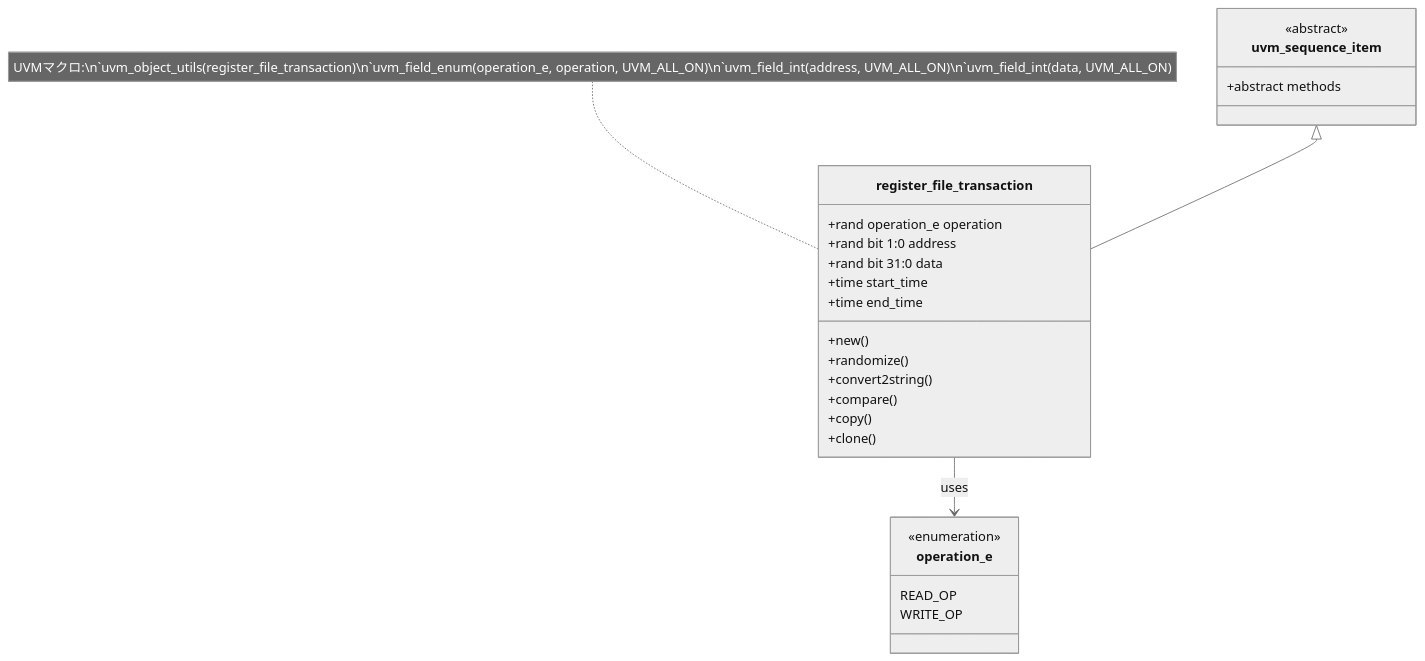
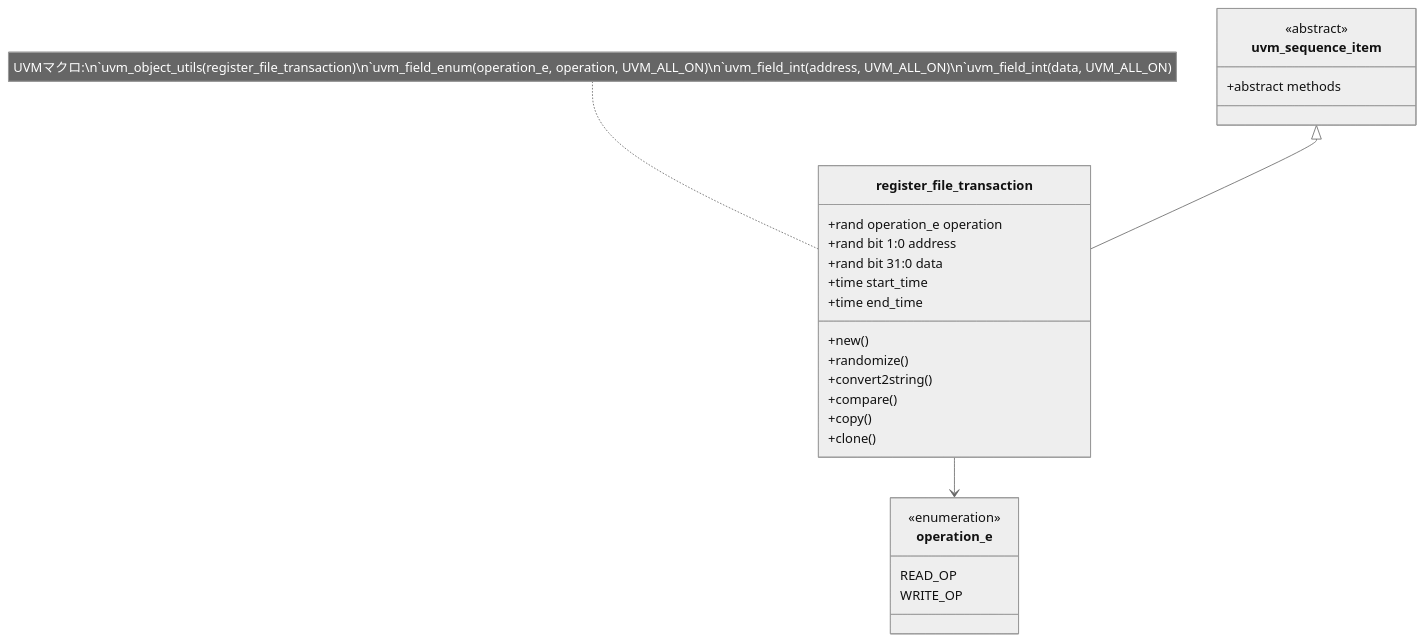
Before and after one commit to MameMame777/UVMbasegen: the ninth of 22 diagrams in docs/uvm_hands_on_guide_ja.md, drawn with Mermaid (neutral theme). The commit also changed other lines of this file and 2 other files, not shown here.

First line of the commit message:
Fix: Resolve all Mermaid syntax compatibility issues for GitHub rendering

````diff
--- a/docs/uvm_hands_on_guide_ja.md
+++ b/docs/uvm_hands_on_guide_ja.md
@@ -317,32 +317,32 @@
 ```mermaid
 classDiagram
     class register_file_transaction {
         +rand operation_e operation
         +rand bit 1:0 address
         +rand bit 31:0 data
         +time start_time
         +time end_time
         +new()
         +randomize()
         +convert2string()
         +compare()
         +copy()
         +clone()
     }
     
     class operation_e {
         <<enumeration>>
         READ_OP
         WRITE_OP
     }
     
     class uvm_sequence_item {
         <<abstract>>
         +abstract methods
     }
     
     uvm_sequence_item <|-- register_file_transaction
-    register_file_transaction --> operation_e : uses
+    register_file_transaction --> operation_e
     
     note for register_file_transaction "UVMマクロ:\n`uvm_object_utils(register_file_transaction)\n`uvm_field_enum(operation_e, operation, UVM_ALL_ON)\n`uvm_field_int(address, UVM_ALL_ON)\n`uvm_field_int(data, UVM_ALL_ON)"
 ```
````
